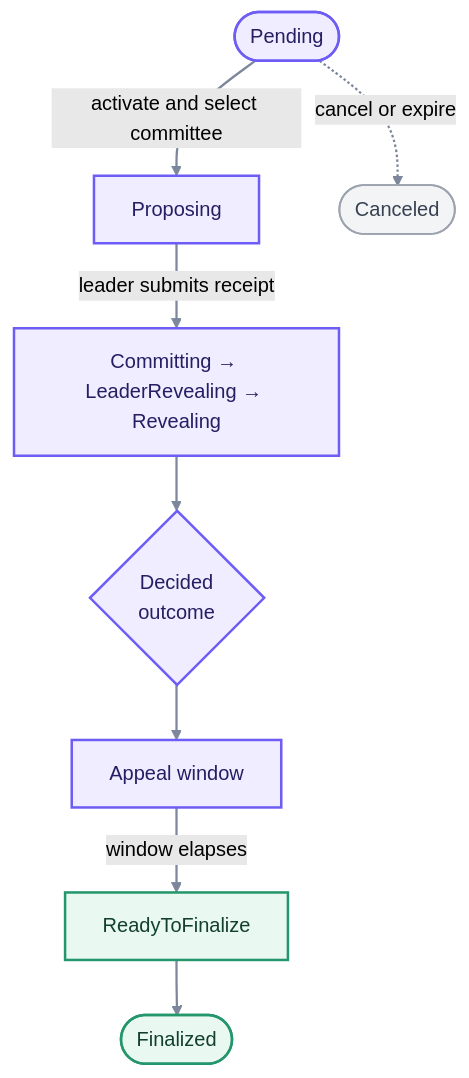
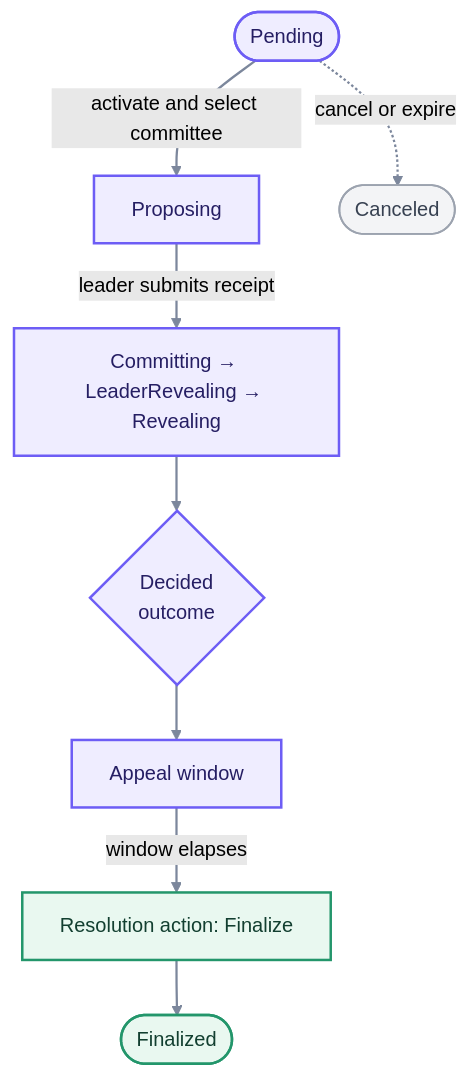
One commit to genlayerlabs/genlayer-docs changed the first of 2 diagrams in pages/understand-genlayer-protocol/core-concepts/transactions/transaction-execution.mdx. Above: the diagram before and after it, drawn with Mermaid (forest theme). The commit also changed other lines of this file and 53 other files, not shown here.

````diff
--- a/pages/understand-genlayer-protocol/core-concepts/transactions/transaction-execution.mdx
+++ b/pages/understand-genlayer-protocol/core-concepts/transactions/transaction-execution.mdx
@@ -9,19 +9,19 @@
 ```mermaid
 %%{init: {"flowchart": {"curve": "basis", "nodeSpacing": 40, "rankSpacing": 44, "htmlLabels": true}}}%%
 flowchart TD
     Pending(["Pending"]) -->|"activate and select committee"| Propose["Proposing"]
     Propose -->|"leader submits receipt"| Vote["Committing → LeaderRevealing → Revealing"]
     Vote --> Decision{"Decided<br/>outcome"}
     Decision --> Window["Appeal window"]
-    Window -->|"window elapses"| Ready["ReadyToFinalize"]
+    Window -->|"window elapses"| Ready["Resolution action: Finalize"]
     Ready --> Final(["Finalized"])
     Pending -. "cancel or expire" .-> Canceled(["Canceled"])
 
     classDef phase fill:#EFEDFF,stroke:#6D5DF5,color:#251E63,stroke-width:2px;
     classDef success fill:#E9F8F0,stroke:#23966B,color:#123F30,stroke-width:2px;
     classDef inactive fill:#F3F4F6,stroke:#9CA3AF,color:#374151,stroke-width:1.5px;
     class Pending,Propose,Vote,Decision,Window phase;
     class Ready,Final success;
     class Canceled inactive;
     linkStyle default stroke:#7C879C,stroke-width:1.8px;
 ```
````
